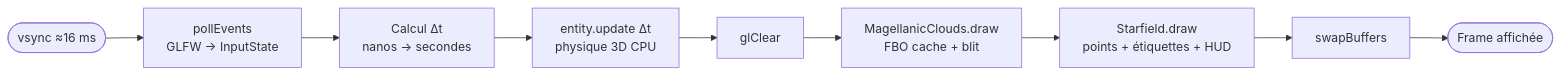
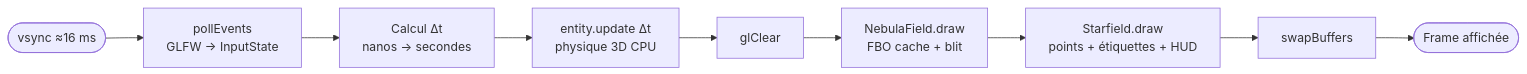
Before and after one commit to mcgivrer/demo001-arm64: the third of 3 diagrams in src/docs/01-architecture.md, drawn with Mermaid. The commit also changed other lines of this file and 27 other files, not shown here.

````diff
--- a/src/docs/01-architecture.md
+++ b/src/docs/01-architecture.md
@@ -171,11 +174,11 @@
 ```mermaid
 flowchart LR
     A([vsync ≈16 ms]) --> B[pollEvents\nGLFW → InputState]
     B --> C[Calcul Δt\nnanos → secondes]
     C --> D[entity.update Δt\nphysique 3D CPU]
     D --> E[glClear]
-    E --> F[MagellanicClouds.draw\nFBO cache + blit]
+    E --> F[NebulaField.draw\nFBO cache + blit]
     F --> G[Starfield.draw\npoints + étiquettes + HUD]
     G --> H[swapBuffers]
     H --> I([Frame affichée])
 ```
````
